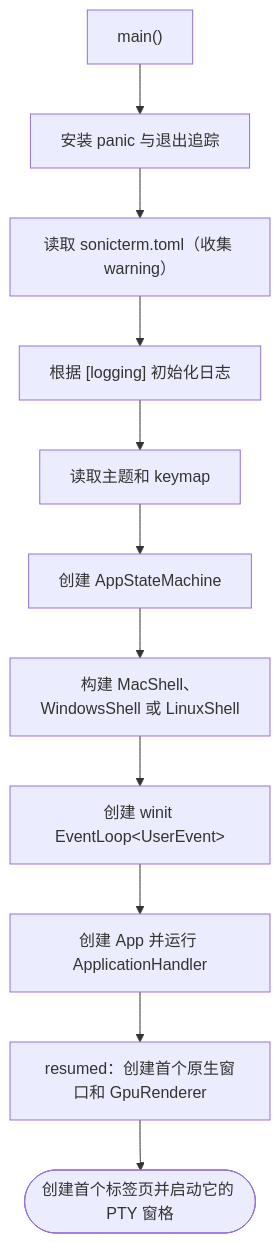
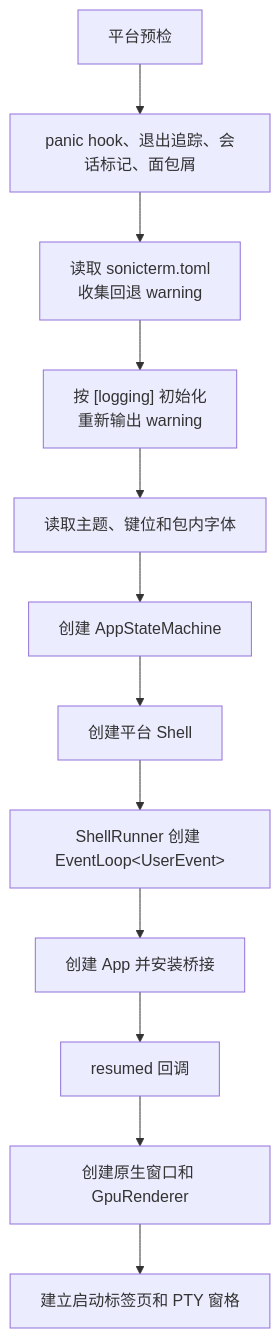
Before and after one commit to D0n9X1n/SonicTerm: the fourth of 6 diagrams in wiki/Runtime-Lifecycle.md, drawn with Mermaid. The commit also changed other lines of this file and 33 other files, not shown here.

````diff
--- a/wiki/Runtime-Lifecycle.md
+++ b/wiki/Runtime-Lifecycle.md
@@ -410,25 +488,18 @@
 ```mermaid
 flowchart TD
-    main["main()"]
-    trace["安装 panic 与退出追踪"]
-    cfg["读取 sonicterm.toml（收集 warning）"]
-    log["根据 [logging] 初始化日志"]
-    theme["读取主题和 keymap"]
-    asm["创建 AppStateMachine"]
-    shell["构建 MacShell、WindowsShell 或 LinuxShell"]
-    loop["创建 winit EventLoop&lt;UserEvent&gt;"]
-    app["创建 App 并运行 ApplicationHandler"]
-    resumed["resumed：创建首个原生窗口和 GpuRenderer"]
-    pane(["创建首个标签页并启动它的 PTY 窗格"])
+    platform["平台预检"]
+    diagnostics["panic hook、退出追踪、会话标记、面包屑"]
+    config["读取 sonicterm.toml<br/>收集回退 warning"]
+    logging["按 [logging] 初始化<br/>重新输出 warning"]
+    assets["读取主题、键位和包内字体"]
+    machine["创建 AppStateMachine"]
+    shell["创建平台 Shell"]
+    loop["ShellRunner 创建 EventLoop&lt;UserEvent&gt;"]
+    app["创建 App 并安装桥接"]
+    resumed["resumed 回调"]
+    window["创建原生窗口和 GpuRenderer"]
+    pane["建立启动标签页和 PTY 窗格"]
 
-    main --> trace
-    trace --> cfg
-    cfg --> log
-    log --> theme
-    theme --> asm
-    asm --> shell
-    shell --> loop
-    loop --> app
-    app --> resumed
-    resumed --> pane
+    platform --> diagnostics --> config --> logging --> assets --> machine --> shell
+    shell --> loop --> app --> resumed --> window --> pane
 ```
````
